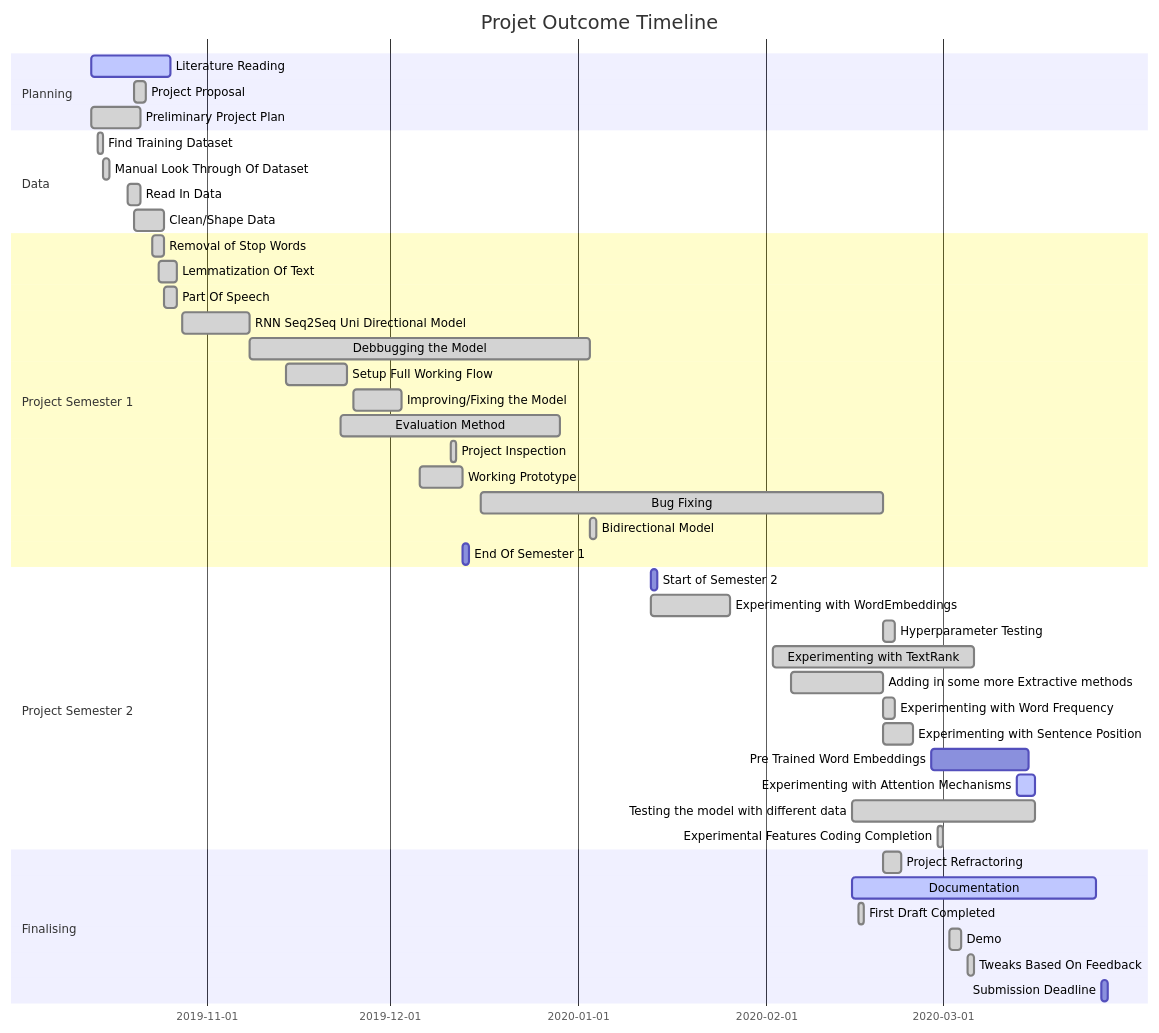
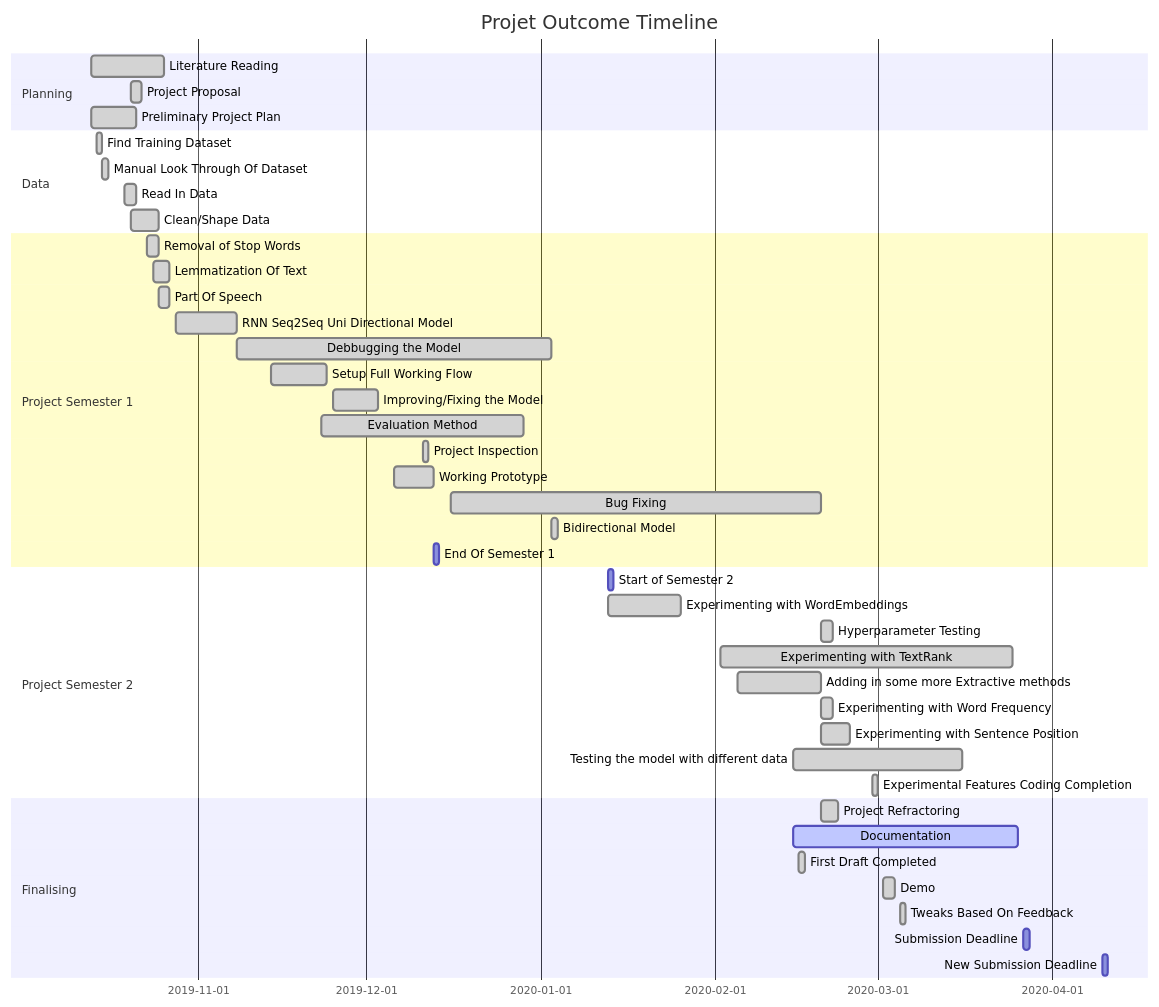
One commit to bmistry12/text-summarisation changed the second of 2 diagrams in README.md. Above: the diagram before and after it, drawn with Mermaid. The commit also changed other lines of this file, not shown here.

````diff
--- a/README.md
+++ b/README.md
@@ -147,52 +149,51 @@
 ```mermaid
 gantt
 dateFormat  YYYY-MM-DD
 title Projet Outcome Timeline
 
 section Planning
-Literature Reading                      :active,  des1, 2019-10-13, 2019-10-26
+Literature Reading                      :done,    des1, 2019-10-13, 2019-10-26
 Project Proposal                        :done,    des1, 2019-10-20, 2019-10-22
 Preliminary Project Plan                :done,    des1, 2019-10-13, 2019-10-21
 
 section Data                  
 Find Training Dataset                   :done,    des1, 2019-10-14, 2019-10-15
 Manual Look Through Of Dataset          :done,    des1, 2019-10-15, 2019-10-16
 Read In Data                            :done,    des1, 2019-10-19, 2019-10-21
 Clean/Shape Data                        :done,    des1, 2019-10-20, 2019-10-25
 
 section Project Semester 1
 Removal of Stop Words                   :done,    des1, 2019-10-23, 2019-10-25
 Lemmatization Of Text                   :done,    des1, 2019-10-24, 2019-10-27
 Part Of Speech                          :done,    des1, 2019-10-25, 2019-10-27
 RNN Seq2Seq Uni Directional Model       :done,    des1, 2019-10-28, 2019-11-08
 Debbugging the Model                    :done,    des1, 2019-11-08, 2020-01-03
 Setup Full Working Flow                 :done,    des1, 2019-11-14, 2019-11-24
 Improving/Fixing the Model              :done,    des1, 2019-11-25, 2019-12-03
 Evaluation Method                       :done,    des1, 2019-11-23, 2019-12-29
 Project Inspection                      :done,    des1, 2019-12-11, 1d
 Working Prototype                       :done,    des1, 2019-12-06, 2019-12-13
 Bug Fixing                              :done,    des1, 2019-12-16, 2020-02-20
 Bidirectional Model                     :done,    des1, 2020-01-03, 2020-01-04
 End Of Semester 1                       :         des1, 2019-12-13, 1d
 
 section Project Semester 2
 Start of Semester 2                     :         des1, 2020-01-13, 1d
 Experimenting with WordEmbeddings       :done,    des1, 2020-01-13, 2020-01-26
 Hyperparameter Testing                  :done,    des1, 2020-02-20, 2020-02-22
-Experimenting with TextRank             :done,    des1, 2020-02-02, 2020-03-06
+Experimenting with TextRank             :done,    des1, 2020-02-02, 2020-03-25
 Adding in some more Extractive methods  :done,    des1, 2020-02-05, 2020-02-20
 Experimenting with Word Frequency       :done,    des1, 2020-02-20, 2020-02-22
 Experimenting with Sentence Position    :done,    des1, 2020-02-20, 2020-02-25
-Pre Trained Word Embeddings             :active   des1, 2020-02-28, 2020-03-15
-Experimenting with Attention Mechanisms :active,  des1, 2020-03-13, 2020-03-16
 Testing the model with different data   :done,    des1, 2020-02-15, 2020-03-16
 Experimental Features Coding Completion :done,    des1, 2020-02-29, 1d
 
 Section Finalising
 Project Refractoring                    :done,    des1, 2020-02-20, 2020-02-23
 Documentation                           :active,  des1, 2020-02-15, 2020-03-26
 First Draft Completed                   :done,    des1, 2020-02-16, 1d
 Demo                                    :done,    des1, 2020-03-02, 2020-03-04
 Tweaks Based On Feedback                :done,    des1, 2020-03-05, 2020-03-06
 Submission Deadline                     :         des1, 2020-03-27, 1d
+New Submission Deadline                 :         des1, 2020-04-10, 1d
 ```
````
